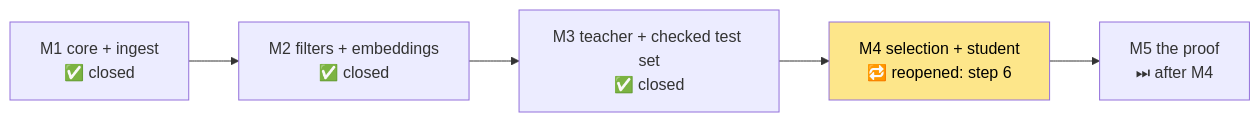
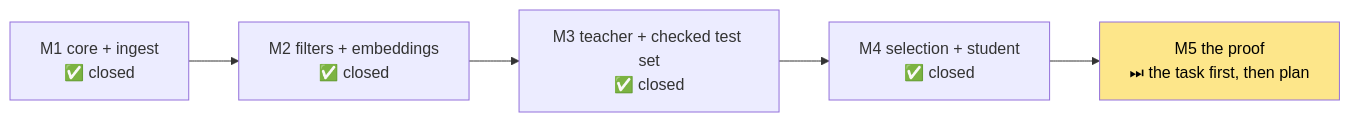
One commit to cupcakes04/Rin changed the diagram in dev/notes/state.md. Above: the diagram before and after it, drawn with Mermaid. The commit also changed other lines of this file and 30 other files, not shown here.

````diff
--- a/dev/notes/state.md
+++ b/dev/notes/state.md
@@ -9,5 +9,5 @@
 ```mermaid
 flowchart LR
-    E["M1 core + ingest<br/>✅ closed"] --> F["M2 filters + embeddings<br/>✅ closed"] --> G["M3 teacher + checked test set<br/>✅ closed"] --> H["M4 selection + student<br/>🔁 reopened: step 6"] --> I["M5 the proof<br/>⏭ after M4"]
-    style H fill:#fde68a,color:#000
+    E["M1 core + ingest<br/>✅ closed"] --> F["M2 filters + embeddings<br/>✅ closed"] --> G["M3 teacher + checked test set<br/>✅ closed"] --> H["M4 selection + student<br/>✅ closed"] --> I["M5 the proof<br/>⏭ the task first, then plan"]
+    style I fill:#fde68a,color:#000
 ```
````
